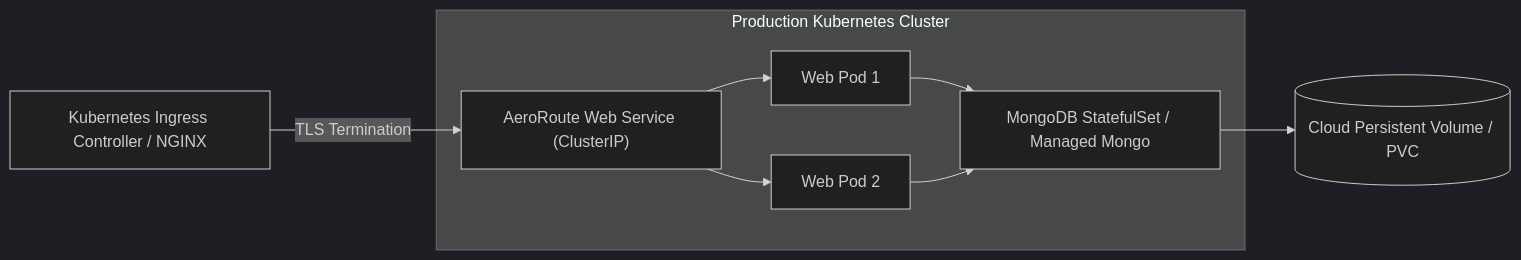
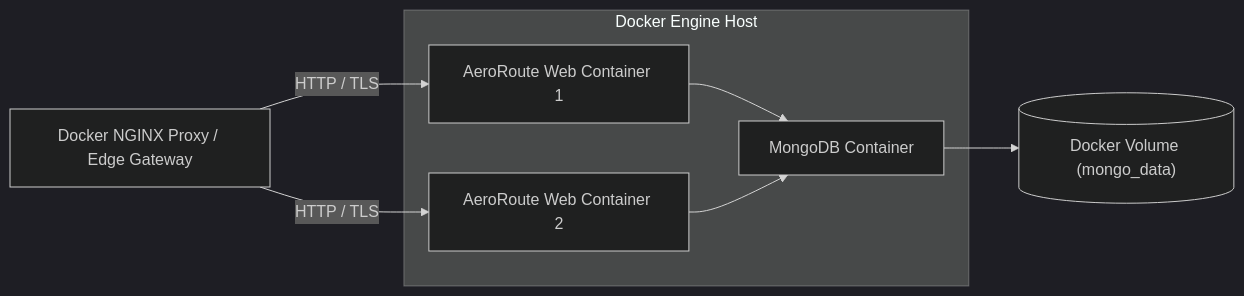
Before and after one commit to frodorix/Dronzientp: the second of 2 diagrams in docs/DEPLOYMENT_MODEL.md, drawn with Mermaid (dark theme). The commit also changed other lines of this file and 1 other file, not shown here.

Commit message:
fix: remove kubernetes references, focus strictly on Docker & Docker Compose deployment, update healthchecks and docs

````diff
--- a/docs/DEPLOYMENT_MODEL.md
+++ b/docs/DEPLOYMENT_MODEL.md
@@ -55,14 +56,12 @@
 ```mermaid
 graph LR
-    Ingress["Kubernetes Ingress Controller / NGINX"] -->|TLS Termination| WebService["AeroRoute Web Service (ClusterIP)"]
+    ReverseProxy["Docker NGINX Proxy / Edge Gateway"] -->|HTTP / TLS| WebContainer1["AeroRoute Web Container 1"]
+    ReverseProxy -->|HTTP / TLS| WebContainer2["AeroRoute Web Container 2"]
     
-    subgraph K8s Cluster ["Production Kubernetes Cluster"]
-        WebService --> Pod1["Web Pod 1"]
-        WebService --> Pod2["Web Pod 2"]
-        
-        Pod1 --> MongoStatefulSet["MongoDB StatefulSet / Managed Mongo"]
-        Pod2 --> MongoStatefulSet
+    subgraph Docker Engine ["Docker Engine Host"]
+        WebContainer1 --> MongoContainer["MongoDB Container"]
+        WebContainer2 --> MongoContainer
     end
 
-    MongoStatefulSet --> CloudStorage[("Cloud Persistent Volume / PVC")]
+    MongoContainer --> VolMount[("Docker Volume (mongo_data)")]
 ```
````
